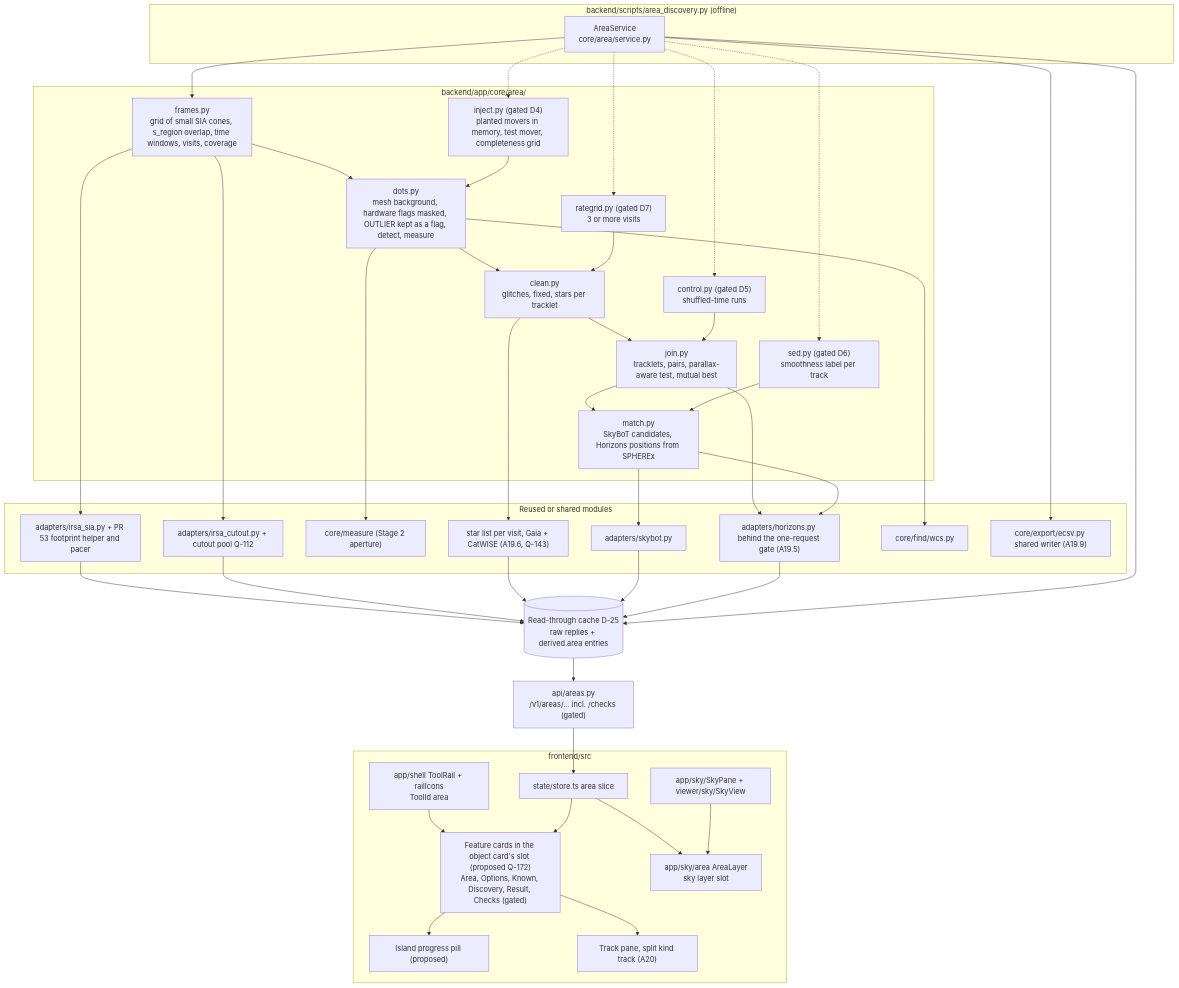
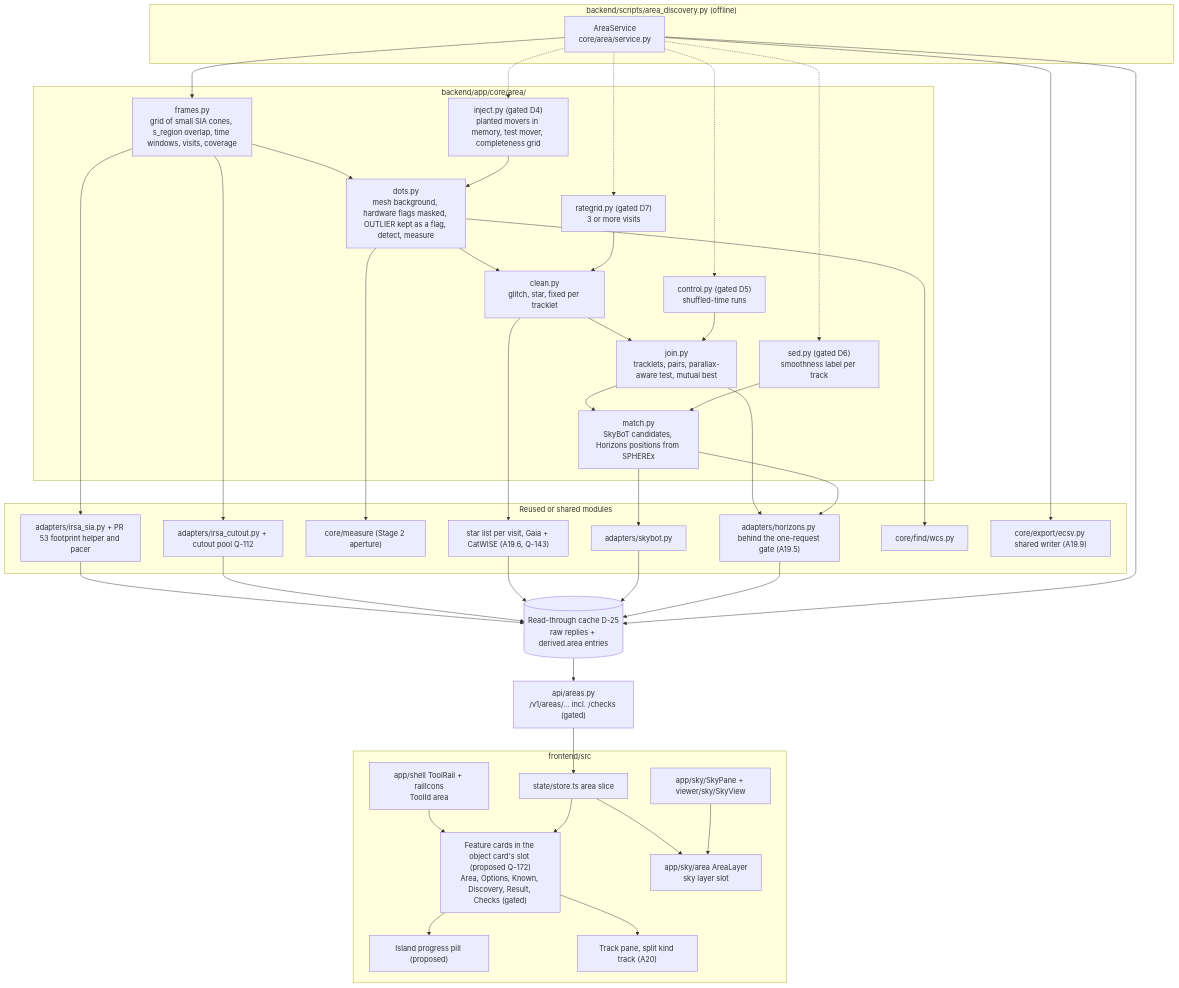
Before and after one commit to 0ffrian/SphereX: the first of 3 diagrams in docs/uml/22-area-search.md, drawn with Mermaid. The commit also changed other lines of this file and 8 other files, not shown here.

First line of the commit message:
Second review fixes (#97): MAXREC unstorable, cutout_failed registered, UML, release exit

````diff
--- a/docs/uml/22-area-search.md
+++ b/docs/uml/22-area-search.md
@@ -7,70 +7,70 @@
 ```mermaid
 flowchart TB
   subgraph Script["backend/scripts/area_discovery.py (offline)"]
     SVC["AreaService<br/>core/area/service.py"]
   end
   subgraph Core["backend/app/core/area/"]
     FRM["frames.py<br/>grid of small SIA cones, s_region overlap, time windows, visits, coverage"]
     DOT["dots.py<br/>mesh background, hardware flags masked, OUTLIER kept as a flag, detect, measure"]
-    CLN["clean.py<br/>glitches, fixed, stars per tracklet"]
+    CLN["clean.py<br/>glitch, star, fixed per tracklet"]
     JON["join.py<br/>tracklets, pairs, parallax-aware test, mutual best"]
     MAT["match.py<br/>SkyBoT candidates, Horizons positions from SPHEREx"]
     INJ["inject.py (gated D4)<br/>planted movers in memory, test mover, completeness grid"]
     CTL["control.py (gated D5)<br/>shuffled-time runs"]
     SED["sed.py (gated D6)<br/>smoothness label per track"]
     RGL["rategrid.py (gated D7)<br/>3 or more visits"]
   end
   subgraph Reused["Reused or shared modules"]
     SIA["adapters/irsa_sia.py + PR 53 footprint helper and pacer"]
     CUT["adapters/irsa_cutout.py + cutout pool Q-112"]
     MEAS["core/measure (Stage 2 aperture)"]
     STAR["star list per visit, Gaia + CatWISE (A19.6, Q-143)"]
     SKB["adapters/skybot.py"]
     HOR["adapters/horizons.py behind the one-request gate (A19.5)"]
     WCS["core/find/wcs.py"]
     ECSV["core/export/ecsv.py shared writer (A19.9)"]
   end
   CACHE[("Read-through cache D-25<br/>raw replies + derived.area entries")]
   API["api/areas.py<br/>/v1/areas/... incl. /checks (gated)"]
   subgraph FE["frontend/src"]
     RAIL["app/shell ToolRail + railIcons<br/>ToolId area"]
     CARDS["Feature cards in the object card's slot (proposed Q-172)<br/>Area, Options, Known, Discovery, Result, Checks (gated)"]
     ISL["Island progress pill (proposed)"]
     LAYER["app/sky/area AreaLayer<br/>sky layer slot"]
     STORE["state/store.ts area slice"]
     TRK["Track pane, split kind track (A20)"]
     SKY["app/sky/SkyPane + viewer/sky/SkyView"]
   end
   SVC --> FRM --> DOT --> CLN --> JON --> MAT
   SVC --> ECSV
   SVC -.-> INJ
   SVC -.-> CTL
   SVC -.-> SED
   SVC -.-> RGL
   INJ --> DOT
   CTL --> JON
   RGL --> CLN
   SED --> MAT
   FRM --> SIA
   FRM --> CUT
   DOT --> WCS
   DOT --> MEAS
   CLN --> STAR
   JON --> HOR
   MAT --> SKB
   MAT --> HOR
   SIA --> CACHE
   CUT --> CACHE
   STAR --> CACHE
   SKB --> CACHE
   HOR --> CACHE
   SVC --> CACHE
   CACHE --> API
   API --> STORE
   RAIL --> CARDS
   STORE --> CARDS
   CARDS --> ISL
   STORE --> LAYER
   SKY --> LAYER
   CARDS --> TRK
 ```
````
